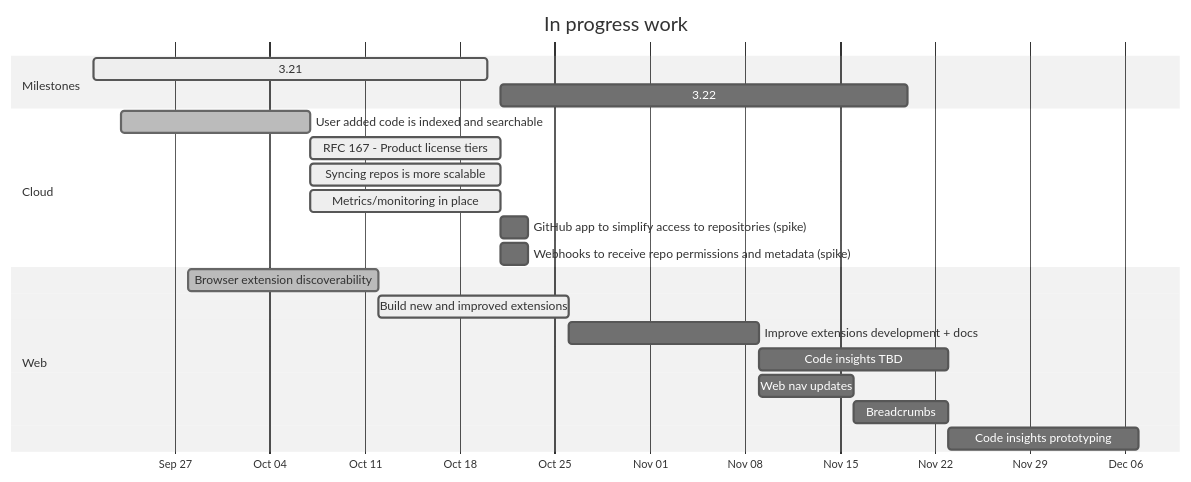
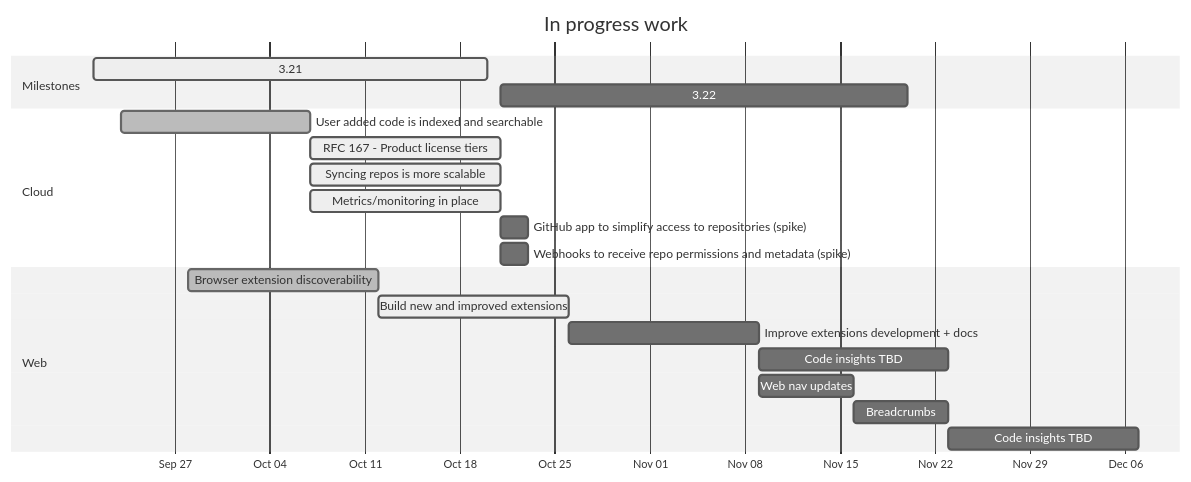
One commit to sourcegraph/about changed the diagram in handbook/product/roadmap.md. Above: the diagram before and after it, drawn with Mermaid (neutral theme). The commit also changed other lines of this file, not shown here.

Commit message:
removed word prototyping

```diff
--- a/handbook/product/roadmap.md
+++ b/handbook/product/roadmap.md
@@ -7,37 +7,37 @@
 <pre class="mermaid" data-rendered-width="150%" data-scroll-right="50%">
 gantt
     title In progress work
     dateFormat YYYY-MM-DD
     axisFormat %b %d
 
 section Milestones
     3.21 :active, release-3.21, 2020-09-21, 2020-10-20
     3.22 :        release-3.22, 2020-10-21, 2020-11-20
 
 %% section Campaigns
 %%     TO DO :active, after release-3.21, 30d
 
 section Cloud
     User added code is indexed and searchable                 :done,   2020-09-23, 2020-10-07
     RFC 167 - Product license tiers                           :active, 2020-10-07, 14d
     Syncing repos is more scalable                            :active, 2020-10-07, 14d
     Metrics/monitoring in place                               :active, 2020-10-07, 14d
     GitHub app to simplify access to repositories (spike)     :        2020-10-21, 2d
     Webhooks to receive repo permissions and metadata (spike) :        2020-10-21, 2d
 
 %% section Code intel
 %%     TO DO :active, after release-3.21, 30d
 
 section Web
     Browser extension discoverability                         :done,    2020-09-28, 14d
     Build new and improved extensions                         :active,   2020-10-12, 14d
     Improve extensions development + docs                     :         2020-10-26, 14d
     Code insights TBD                                         :         2020-11-09, 14d
     Web nav updates                                           :         2020-11-09, 7d
     Breadcrumbs                                               :         2020-11-16, 7d
-    Code insights prototyping                                 :         2020-11-23, 14d
+    Code insights TBD                                         :         2020-11-23, 14d
 %%     TO DO :active, after release-3.21, 30d
 
 %% section Search
 %%     TO DO :active, after release-3.21, 30d
 </pre>
```
